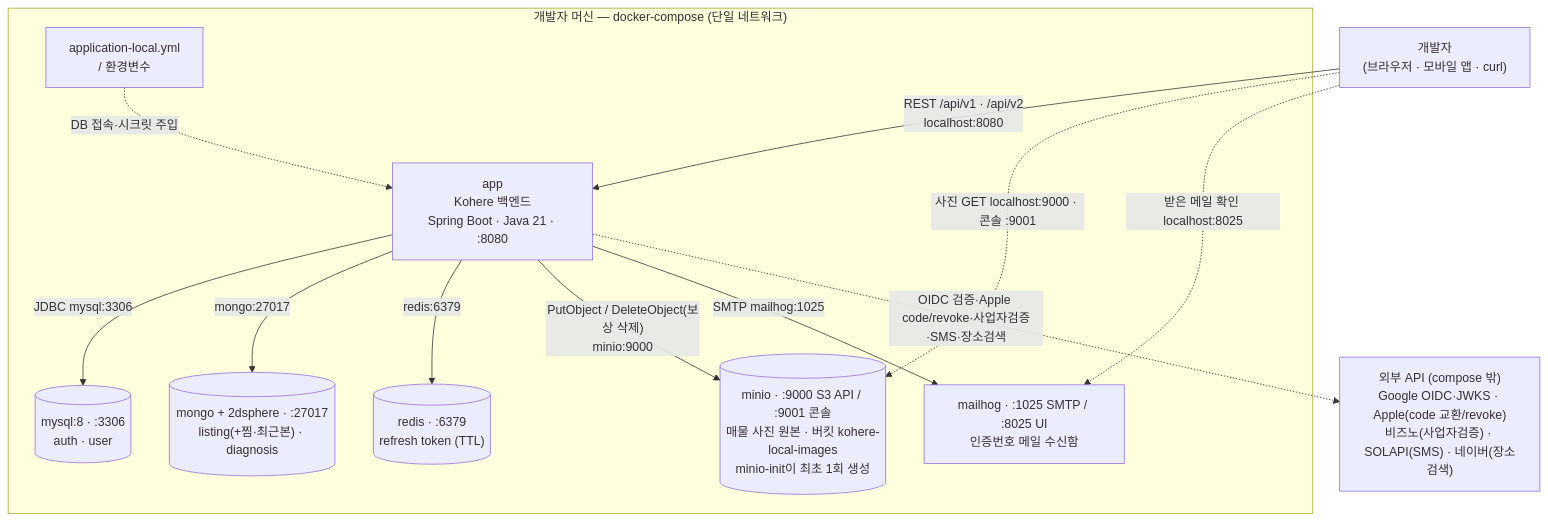
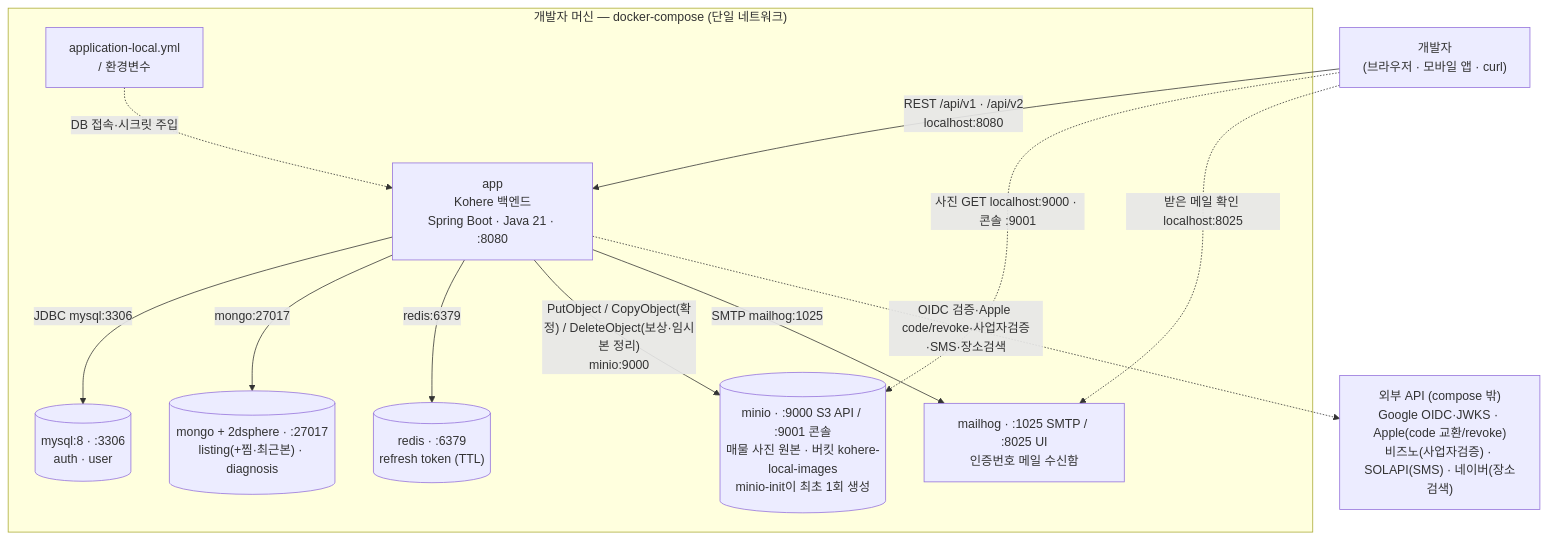
The third of 5 diagrams in docs/architecture/system-overview.md (jameskim9509/Kohere-backend), drawn with Mermaid before and after one commit. The commit also changed other lines of this file and 10 other files, not shown here.

````diff
--- a/docs/architecture/system-overview.md
+++ b/docs/architecture/system-overview.md
@@ -153,27 +153,27 @@
 ```mermaid
 flowchart TB
     DEV["개발자<br/>(브라우저 · 모바일 앱 · curl)"]
 
     subgraph Host["개발자 머신 — docker-compose (단일 네트워크)"]
       APP["app<br/>Kohere 백엔드<br/>Spring Boot · Java 21 · :8080"]
       CFG["application-local.yml<br/>/ 환경변수"]
       MYSQL[("mysql:8 · :3306<br/>auth · user")]
       MONGO[("mongo + 2dsphere · :27017<br/>listing(+찜·최근본) · diagnosis")]
       REDIS[("redis · :6379<br/>refresh token (TTL)")]
       MINIO[("minio · :9000 S3 API / :9001 콘솔<br/>매물 사진 원본 · 버킷 kohere-local-images<br/>minio-init이 최초 1회 생성")]
       MAILHOG["mailhog · :1025 SMTP / :8025 UI<br/>인증번호 메일 수신함"]
     end
 
     EXT["외부 API (compose 밖)<br/>Google OIDC·JWKS · Apple(code 교환/revoke)<br/>비즈노(사업자검증) · SOLAPI(SMS) · 네이버(장소검색)"]
 
     DEV -- "REST /api/v1 · /api/v2<br/>localhost:8080" --> APP
     CFG -. "DB 접속·시크릿 주입" .-> APP
     APP -- "JDBC  mysql:3306" --> MYSQL
     APP -- "mongo:27017" --> MONGO
     APP -- "redis:6379" --> REDIS
-    APP -- "PutObject / DeleteObject(보상 삭제)<br/>minio:9000" --> MINIO
+    APP -- "PutObject / CopyObject(확정) / DeleteObject(보상·임시본 정리)<br/>minio:9000" --> MINIO
     APP -- "SMTP  mailhog:1025" --> MAILHOG
     DEV -. "사진 GET localhost:9000 · 콘솔 :9001" .-> MINIO
     DEV -. "받은 메일 확인 localhost:8025" .-> MAILHOG
     APP -. "OIDC 검증·Apple code/revoke·사업자검증·SMS·장소검색" .-> EXT
 ```
````
